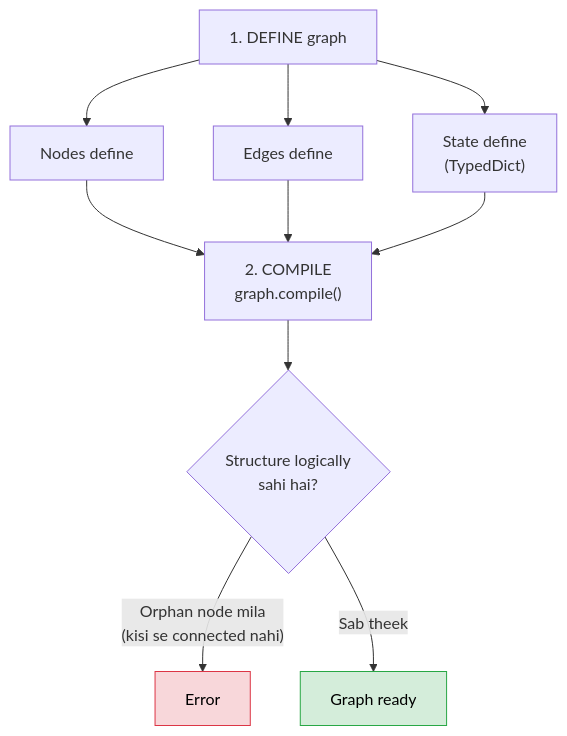
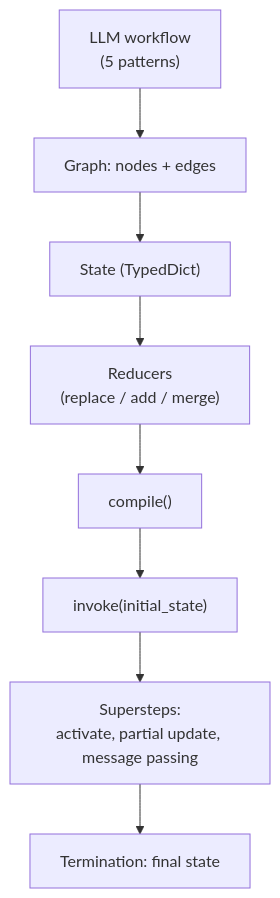
Diagram 18 of 18 in V04-LangGraph core concepts/README.md (pallav2712/langGraph-campusx-notes), drawn with Mermaid before and after one commit. The commit also changed other lines of this file, not shown here.

Commit message:
v04 langGraph core concepts updated graphs and notes balanced

````diff
--- a/V04-LangGraph core concepts/README.md
+++ b/V04-LangGraph core concepts/README.md
@@ -536,12 +562,10 @@
 ```mermaid
 flowchart TD
-    D["1. DEFINE graph"] --> D1["Nodes define"]
-    D --> D2["Edges define"]
-    D --> D3["State define<br/>(TypedDict)"]
-    D1 & D2 & D3 --> C["2. COMPILE<br/>graph.compile()"]
-    C --> CK{"Structure logically<br/>sahi hai?"}
-    CK -- "Orphan node mila<br/>(kisi se connected nahi)" --> ERR["Error"]
-    CK -- "Sab theek" --> RDY["Graph ready"]
-    style ERR fill:#f8d7da,stroke:#dc3545,color:#000
-    style RDY fill:#d4edda,stroke:#28a745,color:#000
+    A["LLM workflow<br/>(5 patterns)"] --> B["Graph: nodes + edges"]
+    B --> C["State (TypedDict)"]
+    C --> D["Reducers<br/>(replace / add / merge)"]
+    D --> E["compile()"]
+    E --> F["invoke(initial_state)"]
+    F --> G["Supersteps:<br/>activate, partial update, message passing"]
+    G --> H["Termination: final state"]
 ```
````
